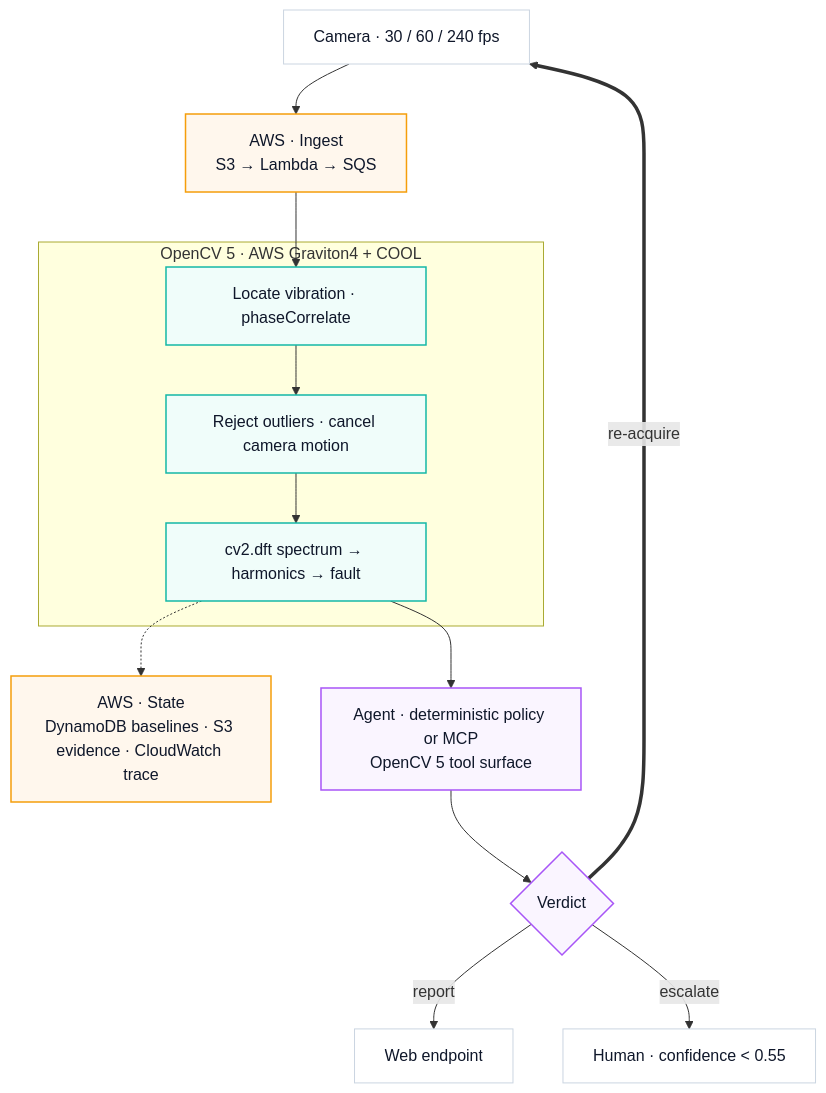
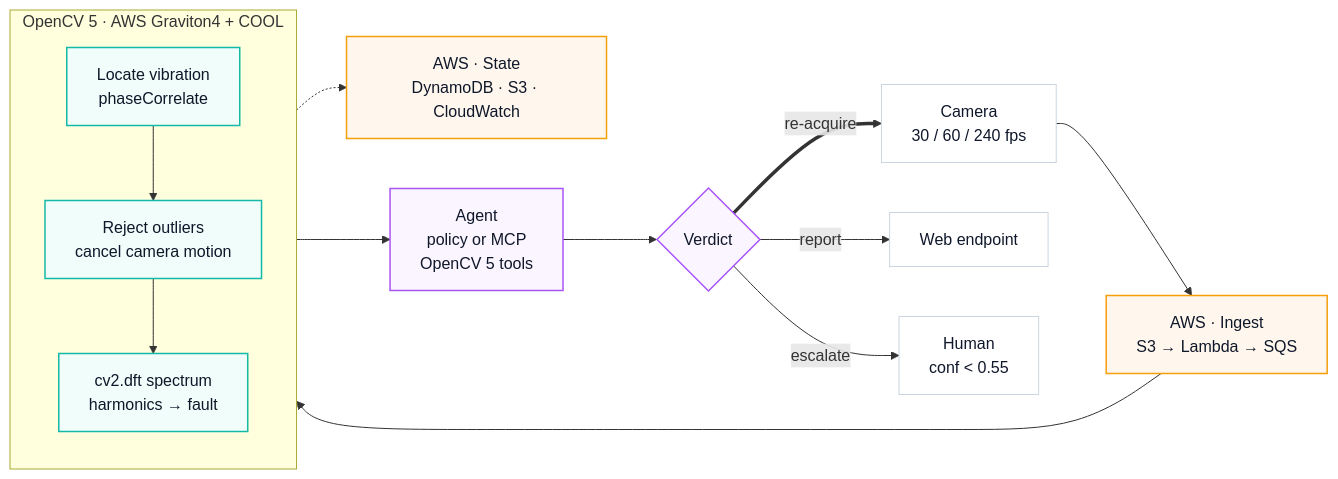
Before and after one commit to TusharTechs/tremorcv: the diagram in docs/architecture.mmd, drawn with Mermaid. The commit also changed 4 other files, not shown here.

First line of the commit message:
Embed the architecture as a static SVG instead of a Mermaid fence

```diff
--- a/docs/architecture.mmd
+++ b/docs/architecture.mmd
@@ -1,28 +1,25 @@
-flowchart TB
-  CAM["Camera · 30 / 60 / 240 fps"]
+flowchart LR
+  CAM["Camera<br/>30 / 60 / 240 fps"]
   ING["AWS · Ingest<br/>S3 → Lambda → SQS"]
   subgraph CMP["OpenCV 5 · AWS Graviton4 + COOL"]
-    P1["Locate vibration · phaseCorrelate"]
-    P2["Reject outliers · cancel camera motion"]
-    P3["cv2.dft spectrum → harmonics → fault"]
-    P1 --> P2 --> P3
+    direction TB
+    P1["Locate vibration<br/>phaseCorrelate"] --> P2["Reject outliers<br/>cancel camera motion"] --> P3["cv2.dft spectrum<br/>harmonics → fault"]
   end
-  ST["AWS · State<br/>DynamoDB baselines · S3 evidence · CloudWatch trace"]
-  AG["Agent · deterministic policy or MCP<br/>OpenCV 5 tool surface"]
+  ST["AWS · State<br/>DynamoDB · S3 · CloudWatch"]
+  AG["Agent<br/>policy or MCP<br/>OpenCV 5 tools"]
   VER{"Verdict"}
   UI["Web endpoint"]
-  HUM["Human · confidence &lt; 0.55"]
-  CAM --> ING --> P1
-  P3 --> AG --> VER
-  P3 -.-> ST
+  HUM["Human<br/>conf &lt; 0.55"]
+  CAM --> ING --> CMP --> AG --> VER
+  CMP -.-> ST
   VER -->|report| UI
   VER -->|escalate| HUM
   VER ==>|re-acquire| CAM
   classDef aws fill:#fff7ed,stroke:#f59e0b,stroke-width:1.5px,color:#0f172a
   classDef cv fill:#f0fdfa,stroke:#14b8a6,stroke-width:1.5px,color:#0f172a
   classDef ag fill:#faf5ff,stroke:#a855f7,stroke-width:1.5px,color:#0f172a
   classDef pl fill:#ffffff,stroke:#cbd5e1,color:#0f172a
   class ING,ST aws
   class P1,P2,P3 cv
   class AG,VER ag
   class CAM,UI,HUM pl
```
